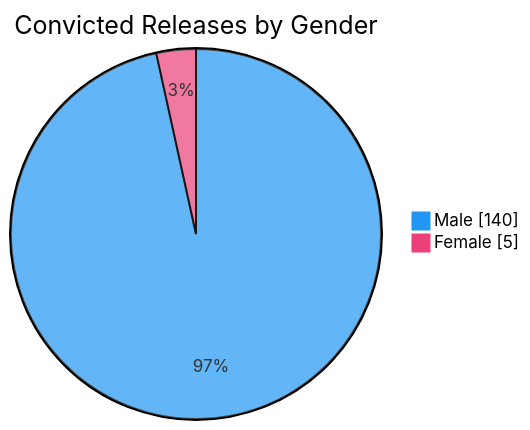
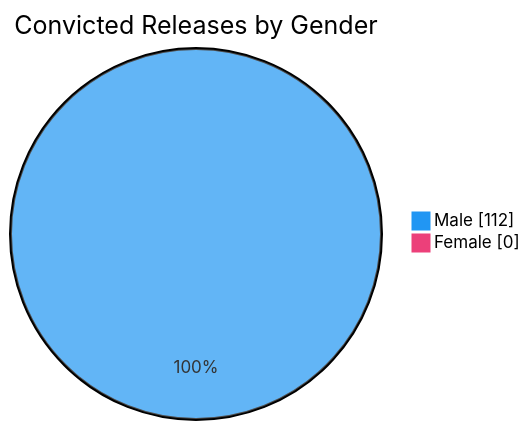
Before and after one commit to nuuuwan/lk_prisons: the sixth of 7 diagrams in README.md, drawn with Mermaid. The commit also changed other lines of this file and 1 other file, not shown here.

````diff
--- a/README.md
+++ b/README.md
@@ -98,6 +98,6 @@
 ```mermaid
 %%{init: {'themeVariables': {'pie1': '#2196F3', 'pie2': '#EC407A'}}}%%
 pie showData title Convicted Releases by Gender
-    "Male" : 140
-    "Female" : 5
+    "Male" : 112
+    "Female" : 0
 ```
````
